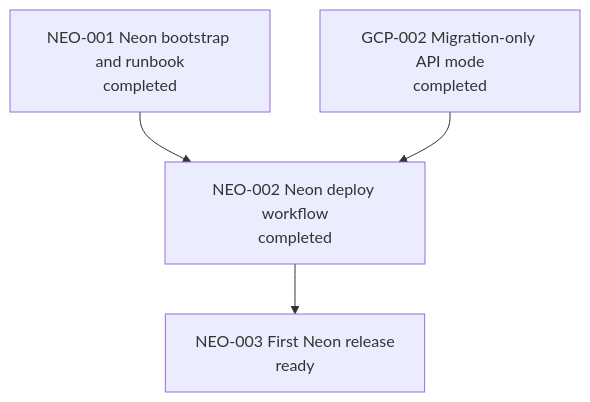
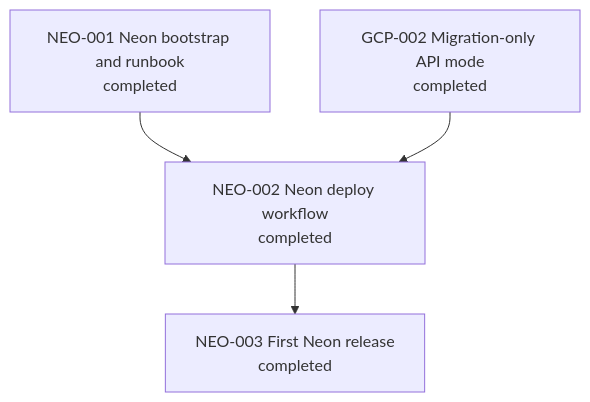
Before and after one commit to allenljf/algorithm-learning: the third of 4 diagrams in agent-workflow/WORK_GRAPH.md, drawn with Mermaid. The commit also changed 3 other files, not shown here.

First line of the commit message:
chore: close out NEO-003 first Neon production release

````diff
--- a/agent-workflow/WORK_GRAPH.md
+++ b/agent-workflow/WORK_GRAPH.md
@@ -93,11 +93,11 @@
 ```mermaid
 flowchart TD
   N1[NEO-001 Neon bootstrap and runbook\ncompleted]
   N2[NEO-002 Neon deploy workflow\ncompleted]
   G2[GCP-002 Migration-only API mode\ncompleted]
-  N3[NEO-003 First Neon release\nready]
+  N3[NEO-003 First Neon release\ncompleted]
 
   N1 --> N2
   G2 --> N2
   N2 --> N3
 ```
````
